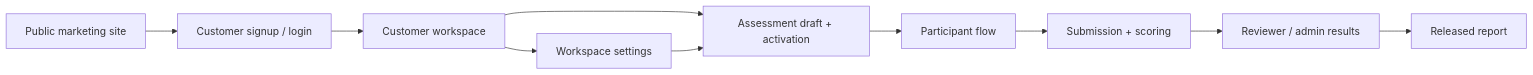
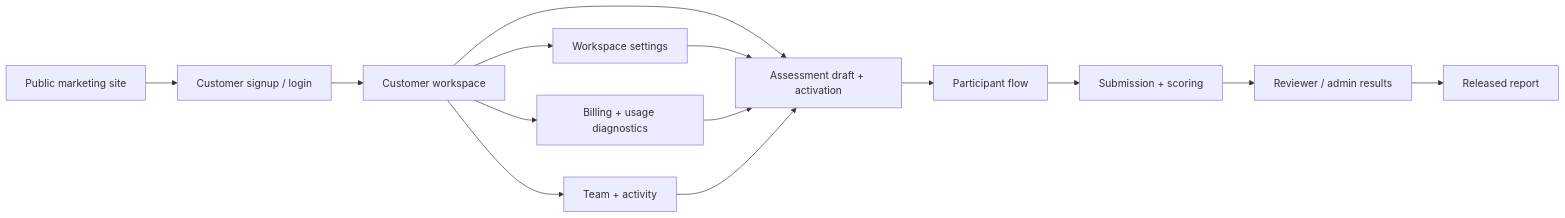
Before and after one commit to coderaulia/psikotest: the diagram in docs/architecture-overview.md, drawn with Mermaid. The commit also changed other lines of this file and 14 other files, not shown here.

````diff
--- a/docs/architecture-overview.md
+++ b/docs/architecture-overview.md
@@ -31,13 +32,17 @@
 ```mermaid
 flowchart LR
   A["Public marketing site"] --> B["Customer signup / login"]
   B --> C["Customer workspace"]
   C --> D["Assessment draft + activation"]
   D --> E["Participant flow"]
   E --> F["Submission + scoring"]
   F --> G["Reviewer / admin results"]
   G --> H["Released report"]
 
   C --> I["Workspace settings"]
+  C --> J["Billing + usage diagnostics"]
+  C --> K["Team + activity"]
   I --> D
+  J --> D
+  K --> D
 ```
````
